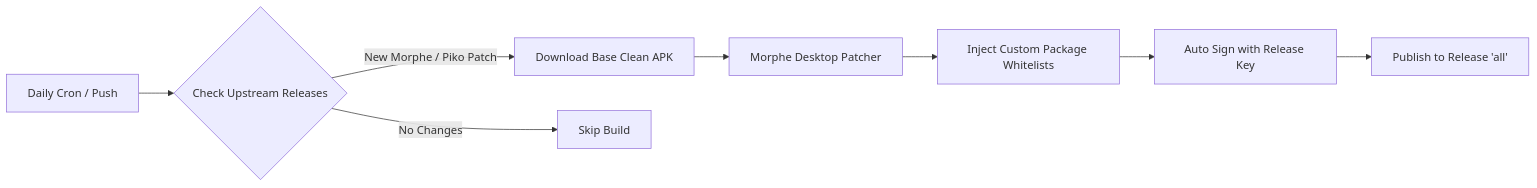
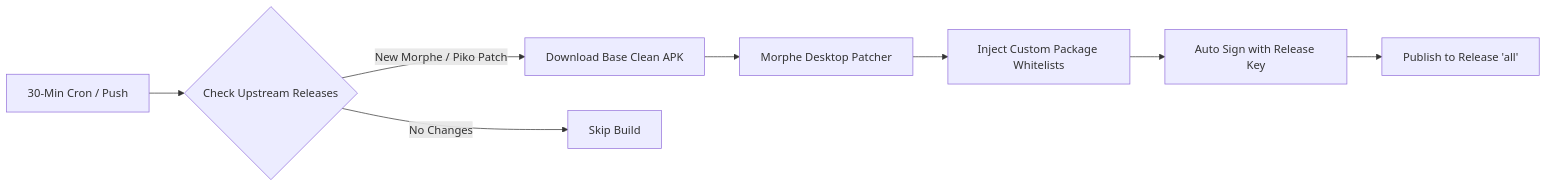
One commit to SamuelAdmand/Morphe-automated-builds changed the diagram in README.md. Above: the diagram before and after it, drawn with Mermaid. The commit also changed other lines of this file and 1 other file, not shown here.

Commit message:
ci: update automated patch check interval to every 30 minutes

````diff
--- a/README.md
+++ b/README.md
@@ -168,10 +168,10 @@
 ```mermaid
 flowchart LR
-    A[Daily Cron / Push] --> B{Check Upstream Releases}
+    A[30-Min Cron / Push] --> B{Check Upstream Releases}
     B -->|New Morphe / Piko Patch| C[Download Base Clean APK]
     B -->|No Changes| D[Skip Build]
     C --> E[Morphe Desktop Patcher]
     E --> F[Inject Custom Package Whitelists]
     F --> G[Auto Sign with Release Key]
     G --> H[Publish to Release 'all']
 ```
````
